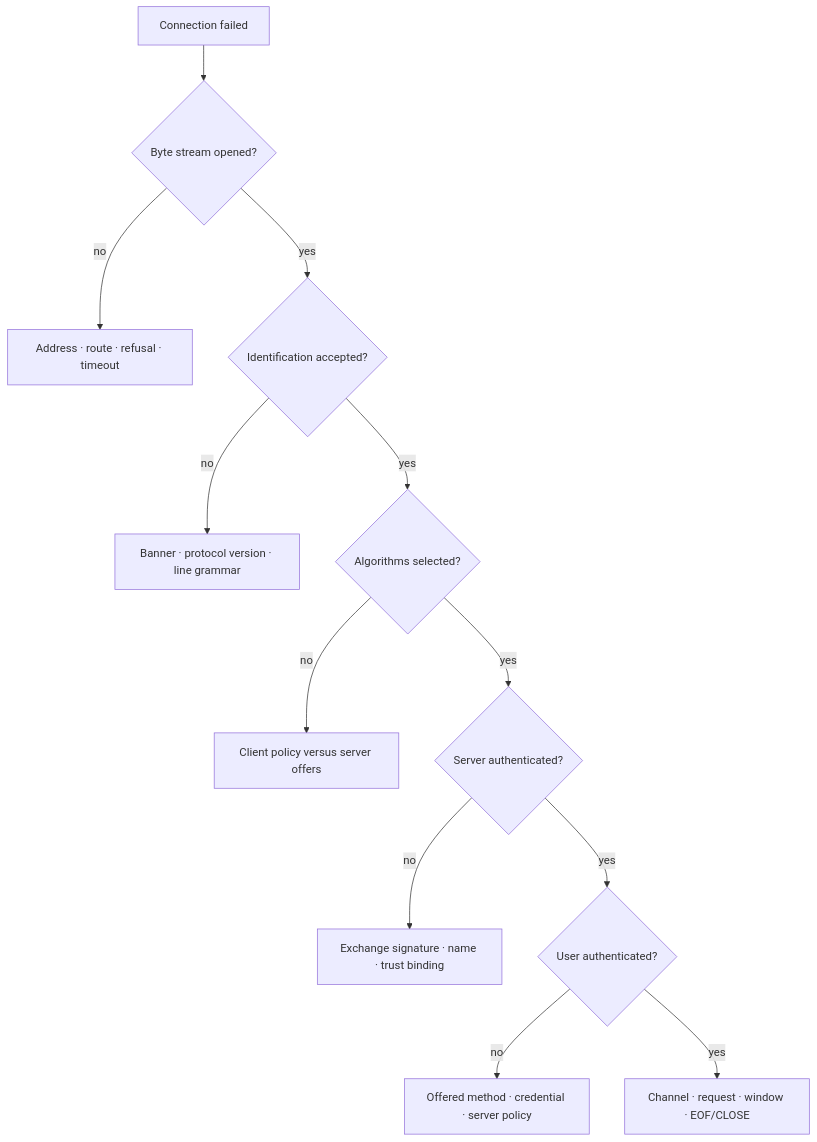
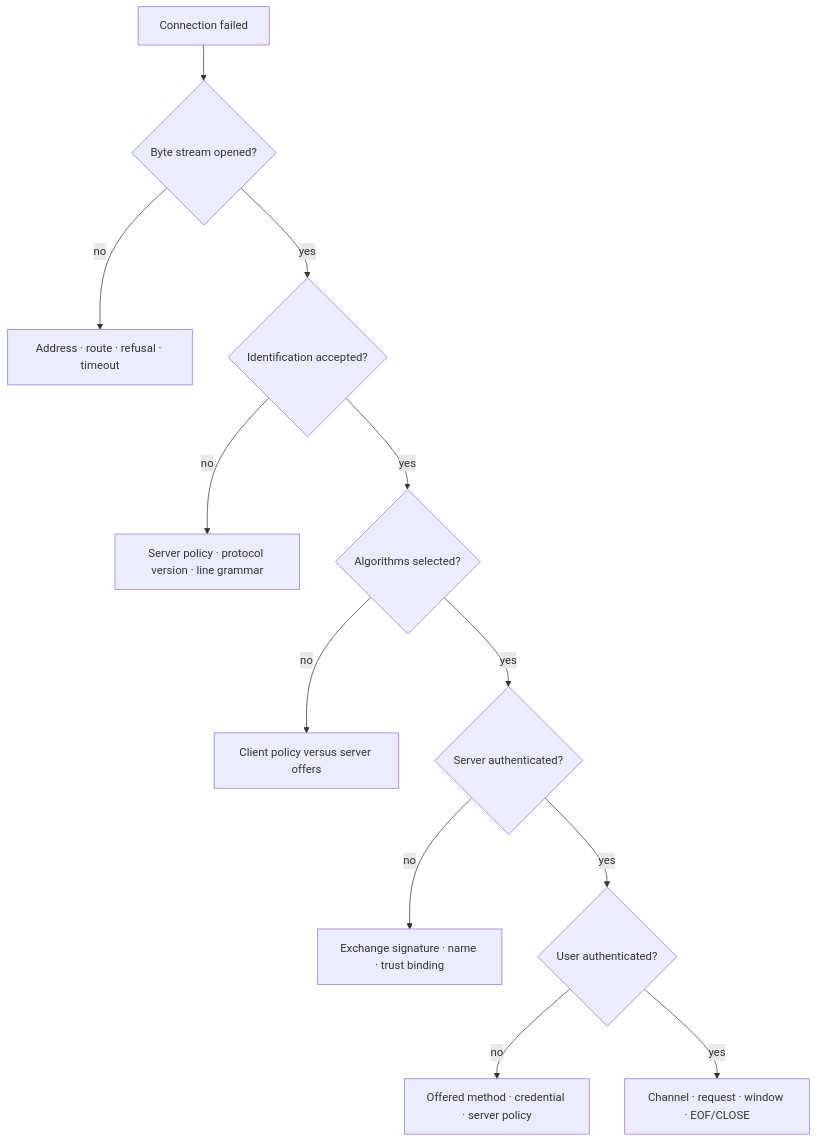
One commit to fornwall/ssh-protocol changed the second of 4 diagrams in src/testing-and-debugging.md. Above: the diagram before and after it, drawn with Mermaid. The commit also changed other lines of this file and 27 other files, not shown here.

````diff
--- a/src/testing-and-debugging.md
+++ b/src/testing-and-debugging.md
@@ -78,14 +57,14 @@
 ```mermaid
 flowchart TD
     Fail["Connection failed"] --> TCP{"Byte stream opened?"}
     TCP -- no --> IO["Address · route · refusal · timeout"]
     TCP -- yes --> ID{"Identification accepted?"}
-    ID -- no --> Version["Banner · protocol version · line grammar"]
+    ID -- no --> Version["Server policy · protocol version · line grammar"]
     ID -- yes --> KEX{"Algorithms selected?"}
     KEX -- no --> Lists["Client policy versus server offers"]
     KEX -- yes --> Host{"Server authenticated?"}
     Host -- no --> Trust["Exchange signature · name · trust binding"]
     Host -- yes --> User{"User authenticated?"}
     User -- no --> Cred["Offered method · credential · server policy"]
     User -- yes --> Chan["Channel · request · window · EOF/CLOSE"]
 ```
````
